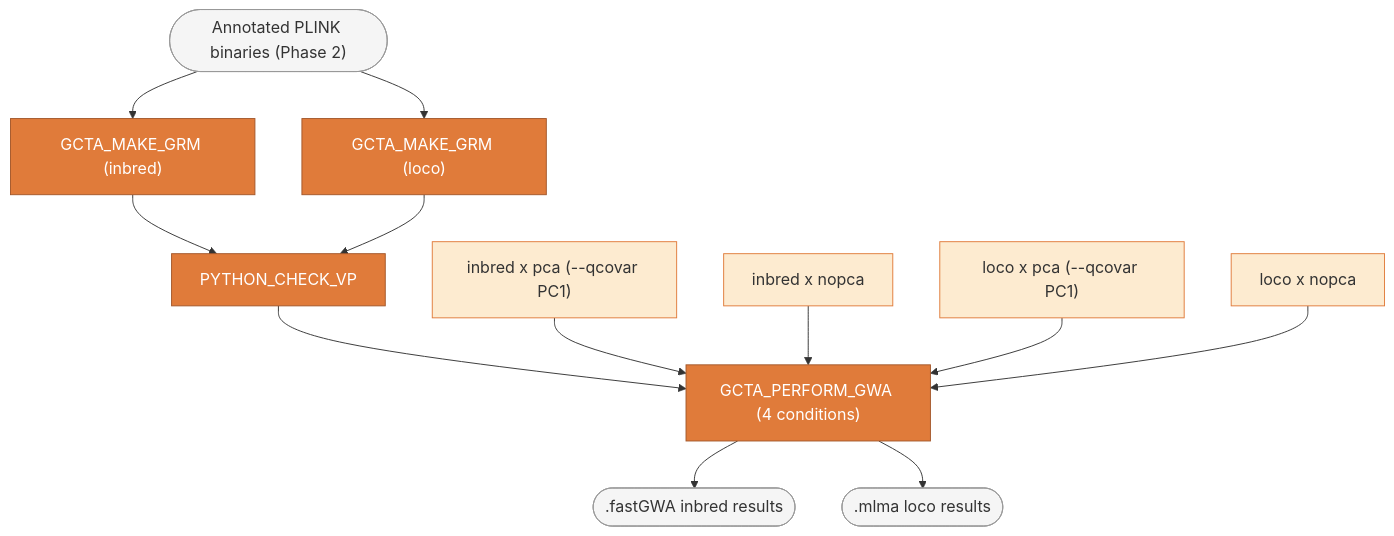
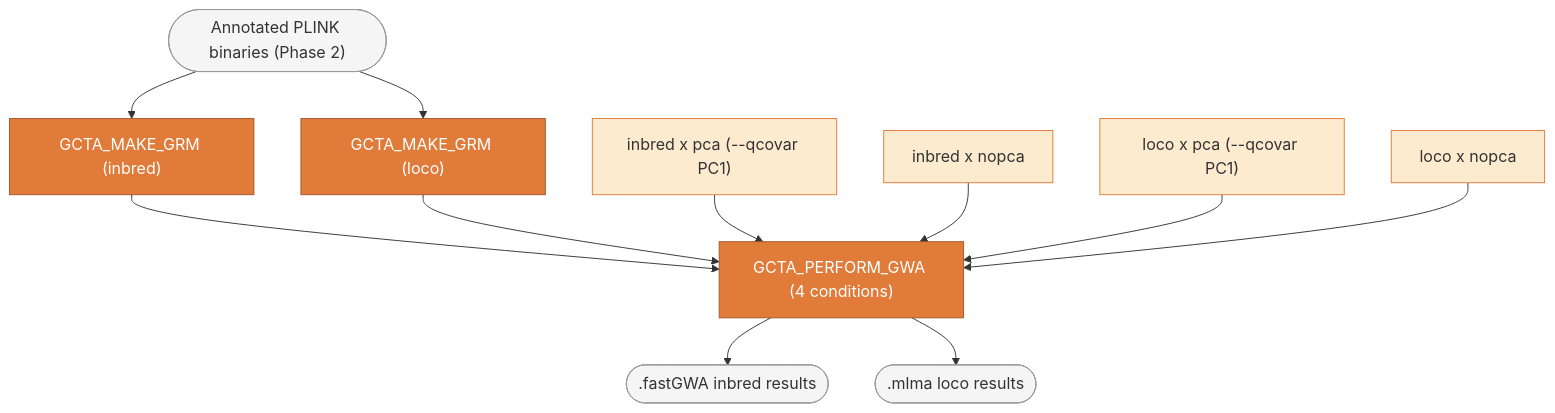
The diagram in docs/gwas-mapping.qmd (AndersenLab/nemascan-sims-nf), drawn with Mermaid before and after one commit. The commit also changed other lines of this file and 10 other files, not shown here.

````diff
--- a/docs/gwas-mapping.qmd
+++ b/docs/gwas-mapping.qmd
@@ -18,30 +18,27 @@
 ```{mermaid}
 %%{init: {'themeVariables': {'fontSize': '17px'}}}%%
 flowchart TD
     classDef proc fill:#e07b3a,stroke:#a3572a,color:#fff
     classDef mode fill:#fdebd0,stroke:#e07b3a,color:#333
     classDef io fill:#f5f5f5,stroke:#999,color:#333
 
     PLINK(["Annotated PLINK binaries (Phase 2)"]):::io
 
     GRM_I["GCTA_MAKE_GRM (inbred)"]:::proc
     GRM_L["GCTA_MAKE_GRM (loco)"]:::proc
 
-    VP["PYTHON_CHECK_VP"]:::proc
-
     M1["inbred x pca (--qcovar PC1)"]:::mode
     M2["inbred x nopca"]:::mode
     M3["loco x pca (--qcovar PC1)"]:::mode
     M4["loco x nopca"]:::mode
 
     GWA["GCTA_PERFORM_GWA (4 conditions)"]:::proc
 
     OUT1([".fastGWA inbred results"]):::io
     OUT2([".mlma loco results"]):::io
 
     PLINK --> GRM_I & GRM_L
-    GRM_I & GRM_L --> VP
-    VP --> GWA
+    GRM_I & GRM_L --> GWA
     M1 & M2 & M3 & M4 --> GWA
     GWA --> OUT1 & OUT2
 ```
````
